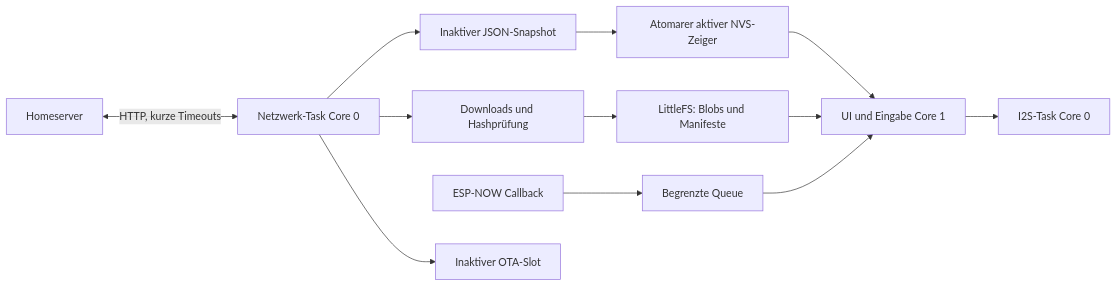
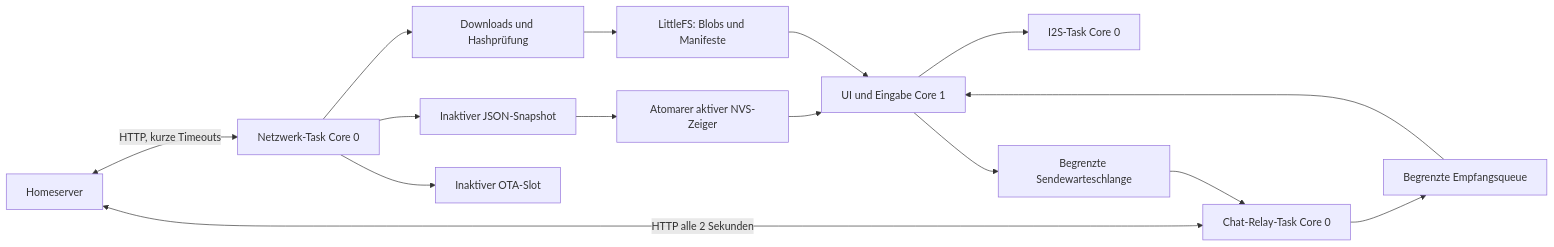
The diagram in docs/architecture.md (coveur-codex/leap-firmware), drawn with Mermaid before and after one commit. The commit also changed other lines of this file and 23 other files, not shown here.

Commit message:
Release 1.0.2 with homeserver chat relay and global message notifications

````diff
--- a/docs/architecture.md
+++ b/docs/architecture.md
@@ -3,14 +3,17 @@
 ```mermaid
 flowchart LR
   Server[Homeserver] <-->|HTTP, kurze Timeouts| Worker[Netzwerk-Task Core 0]
   Worker --> Stage[Downloads und Hashprüfung]
   Stage --> FS[LittleFS: Blobs und Manifeste]
   Worker --> Snapshot[Inaktiver JSON-Snapshot]
   Snapshot --> NVS[Atomarer aktiver NVS-Zeiger]
   NVS --> UI[UI und Eingabe Core 1]
   FS --> UI
   UI --> Audio[I2S-Task Core 0]
-  Radio[ESP-NOW Callback] --> Queue[Begrenzte Queue]
+  Server <-->|HTTP alle 2 Sekunden| Chat[Chat-Relay-Task Core 0]
+  UI --> Send[Begrenzte Sendewarteschlange]
+  Send --> Chat
+  Chat --> Queue[Begrenzte Empfangsqueue]
   Queue --> UI
   Worker --> OTA[Inaktiver OTA-Slot]
 ```
````
